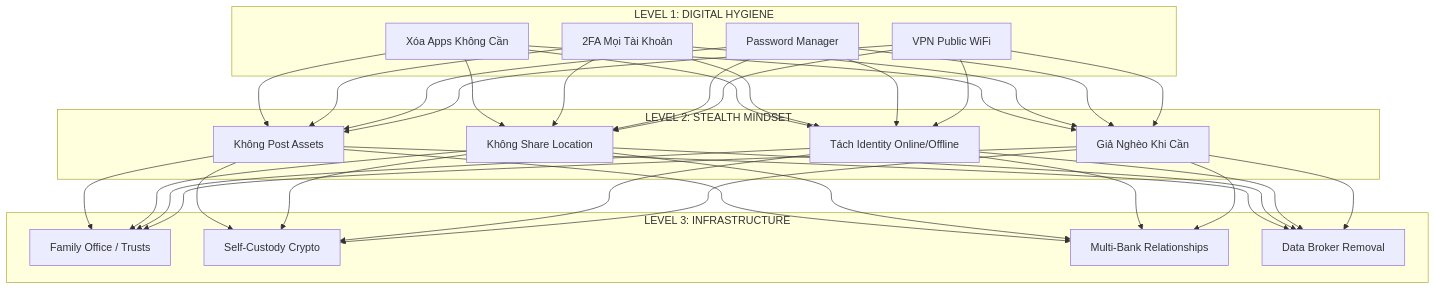
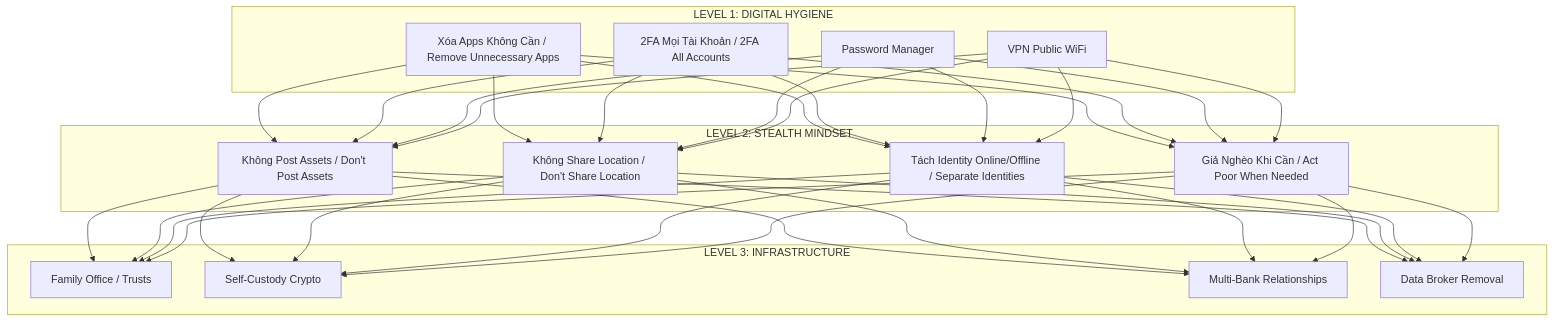
Before and after one commit to dyukahi/knowledge: the fourth of 4 diagrams in mental-models/Privacy Is The New Wealth.md, drawn with Mermaid. The commit also changed other lines of this file and 3 other files, not shown here.

````diff
--- a/mental-models/Privacy Is The New Wealth.md
+++ b/mental-models/Privacy Is The New Wealth.md
@@ -223,26 +239,26 @@
 ```mermaid
 graph TD
     subgraph "LEVEL 1: DIGITAL HYGIENE"
-        A1[Xóa Apps Không Cần]
-        A2[2FA Mọi Tài Khoản]
+        A1[Xóa Apps Không Cần / Remove Unnecessary Apps]
+        A2[2FA Mọi Tài Khoản / 2FA All Accounts]
         A3[Password Manager]
         A4[VPN Public WiFi]
     end
     
     subgraph "LEVEL 2: STEALTH MINDSET"
-        B1[Không Post Assets]
-        B2[Không Share Location]
-        B3[Tách Identity Online/Offline]
-        B4[Giả Nghèo Khi Cần]
+        B1[Không Post Assets / Don't Post Assets]
+        B2[Không Share Location / Don't Share Location]
+        B3[Tách Identity Online/Offline / Separate Identities]
+        B4[Giả Nghèo Khi Cần / Act Poor When Needed]
     end
     
     subgraph "LEVEL 3: INFRASTRUCTURE"
         C1[Family Office / Trusts]
         C2[Self-Custody Crypto]
         C3[Multi-Bank Relationships]
         C4[Data Broker Removal]
     end
     
     A1 & A2 & A3 & A4 --> B1 & B2 & B3 & B4
     B1 & B2 & B3 & B4 --> C1 & C2 & C3 & C4
 ```
````
